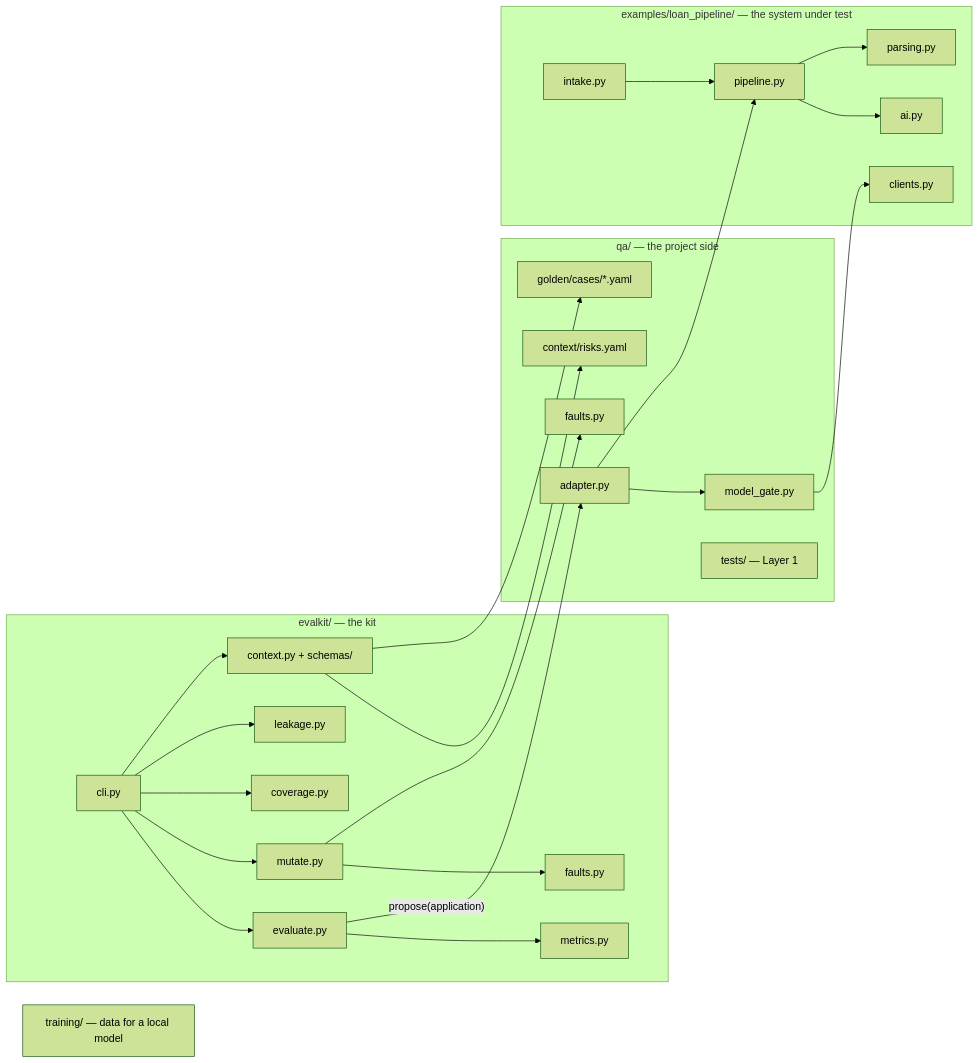
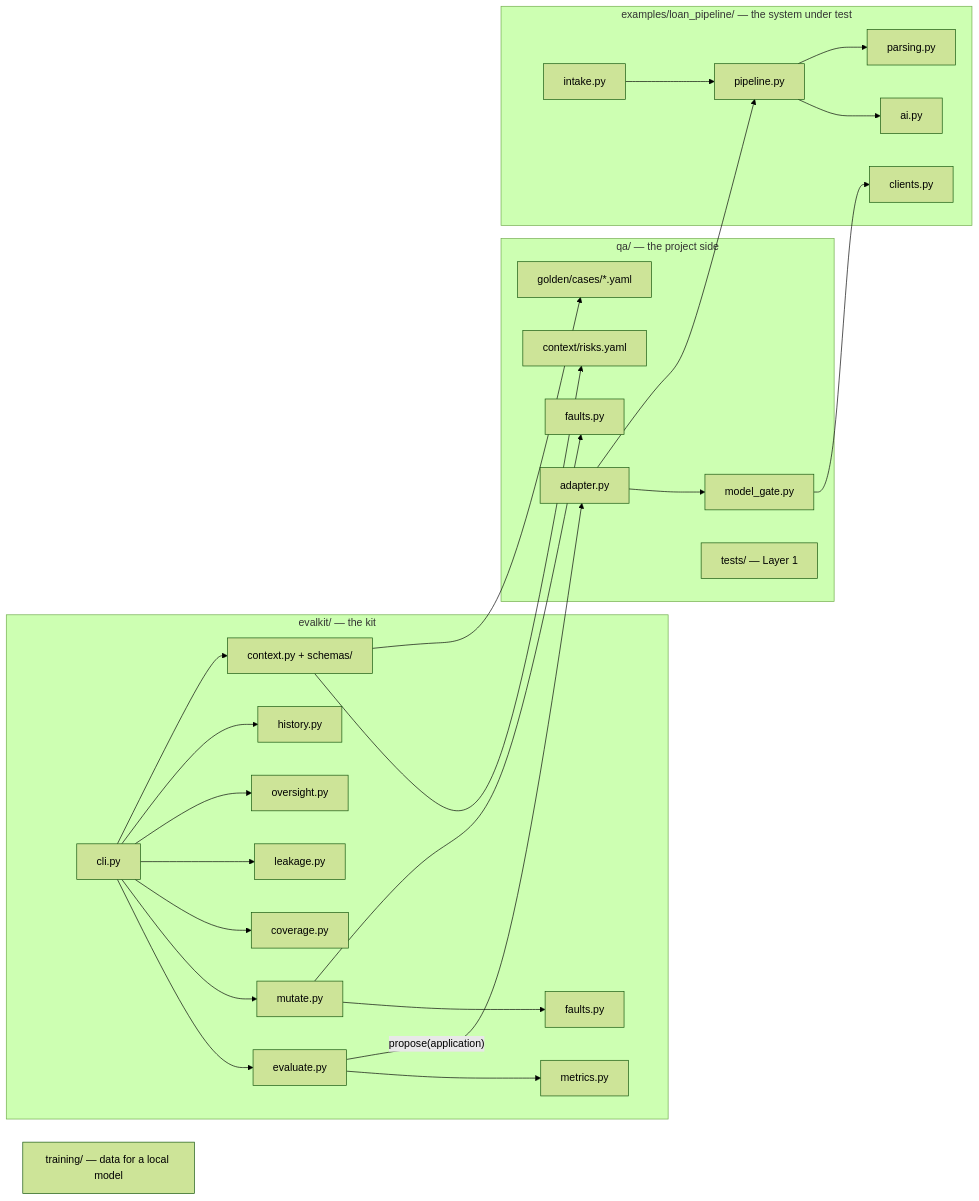
One commit to routaz/llm-eval-kit changed the first of 3 diagrams in docs/guide.md. Above: the diagram before and after it, drawn with Mermaid (forest theme). The commit also changed other lines of this file and 13 other files, not shown here.

````diff
--- a/docs/guide.md
+++ b/docs/guide.md
@@ -9,31 +9,33 @@
 ```mermaid
 flowchart LR
   subgraph KIT["evalkit/ — the kit"]
     CLI[cli.py] --> EV[evaluate.py] --> MET[metrics.py]
     CLI --> MUT[mutate.py] --> FAU[faults.py]
     CLI --> COV[coverage.py]
     CLI --> LEAK[leakage.py]
+    CLI --> OV[oversight.py]
+    CLI --> HIS[history.py]
     CLI --> CTX[context.py + schemas/]
   end
   subgraph QA["qa/ — the project side"]
     ADP[adapter.py] --> GATE[model_gate.py]
     RISK[context/risks.yaml]
     GOLD[golden/cases/*.yaml]
     FLT[faults.py]
     L1[tests/ — Layer 1]
   end
   subgraph SUT["examples/loan_pipeline/ — the system under test"]
     PIPE[pipeline.py] --> AI[ai.py]
     PIPE --> PARSE[parsing.py]
     INTAKE[intake.py] --> PIPE
     CLIENTS[clients.py]
   end
   TRAIN["training/ — data for a local model"]
 
   EV -- "propose(application)" --> ADP
   ADP --> PIPE
   GATE --> CLIENTS
   CTX --> RISK
   CTX --> GOLD
   MUT --> FLT
 ```
````
